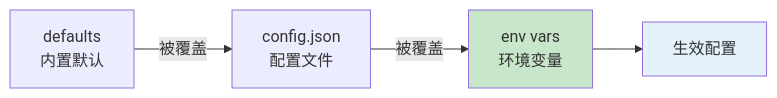
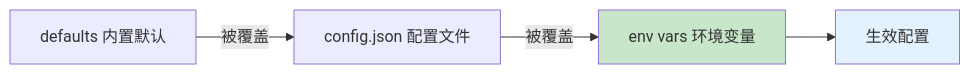
The sixth of 10 diagrams in doc/bundles/jishu/ai/products/open-code-review/concepts/05-session-telemetry.md (awesome-flexloop/awesome-okf), drawn with Mermaid before and after one commit. The commit also changed other lines of this file and 10 other files, not shown here.

First line of the commit message:
docs(bundle): 清偿 Open Code Review 存量 Mermaid 违规避免规范漂移累积

````diff
--- a/doc/bundles/jishu/ai/products/open-code-review/concepts/05-session-telemetry.md
+++ b/doc/bundles/jishu/ai/products/open-code-review/concepts/05-session-telemetry.md
@@ -388,9 +382,8 @@
 ```mermaid
 flowchart LR
-    DEF["defaults<br/>内置默认"] -->|被覆盖| CFG["config.json<br/>配置文件"]
-    CFG -->|被覆盖| ENV["env vars<br/>环境变量"]
+    DEF["defaults 内置默认"] -->|"被覆盖"| CFG["config.json 配置文件"]
+    CFG -->|"被覆盖"| ENV["env vars 环境变量"]
     ENV --> RESULT["生效配置"]
-
     style ENV fill:#c8e6c9
     style RESULT fill:#e3f2fd
 ```
````
